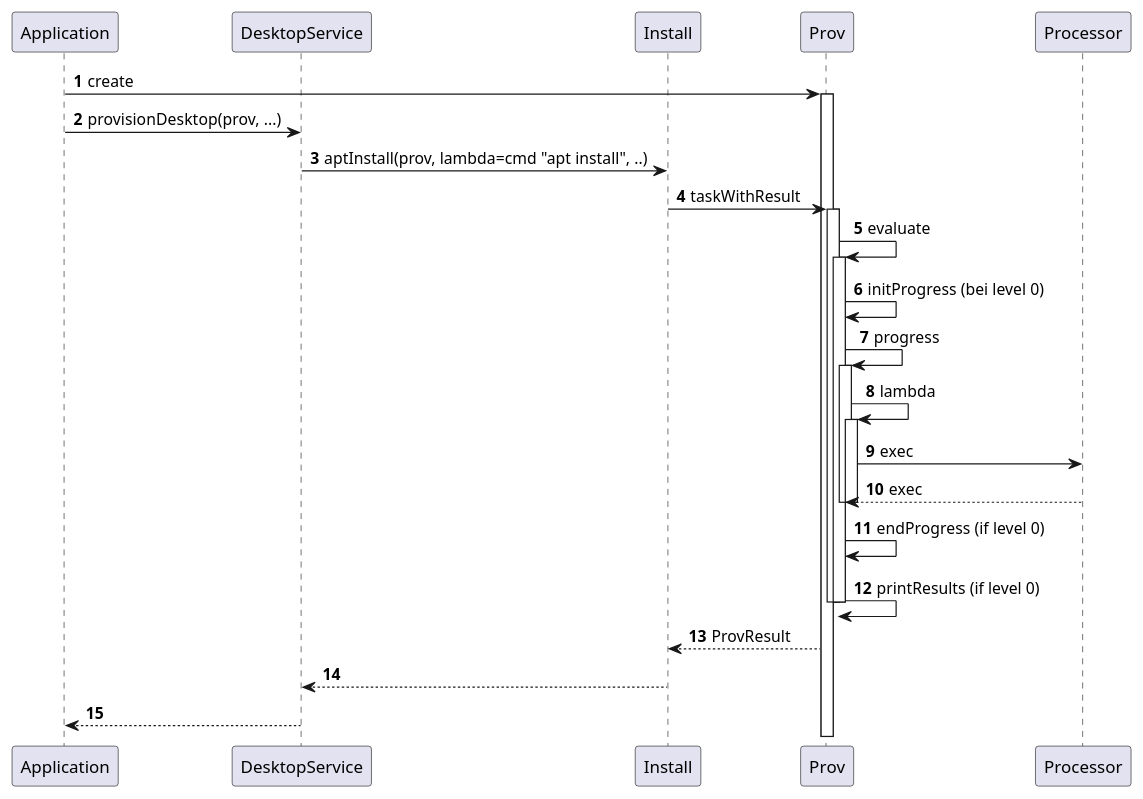
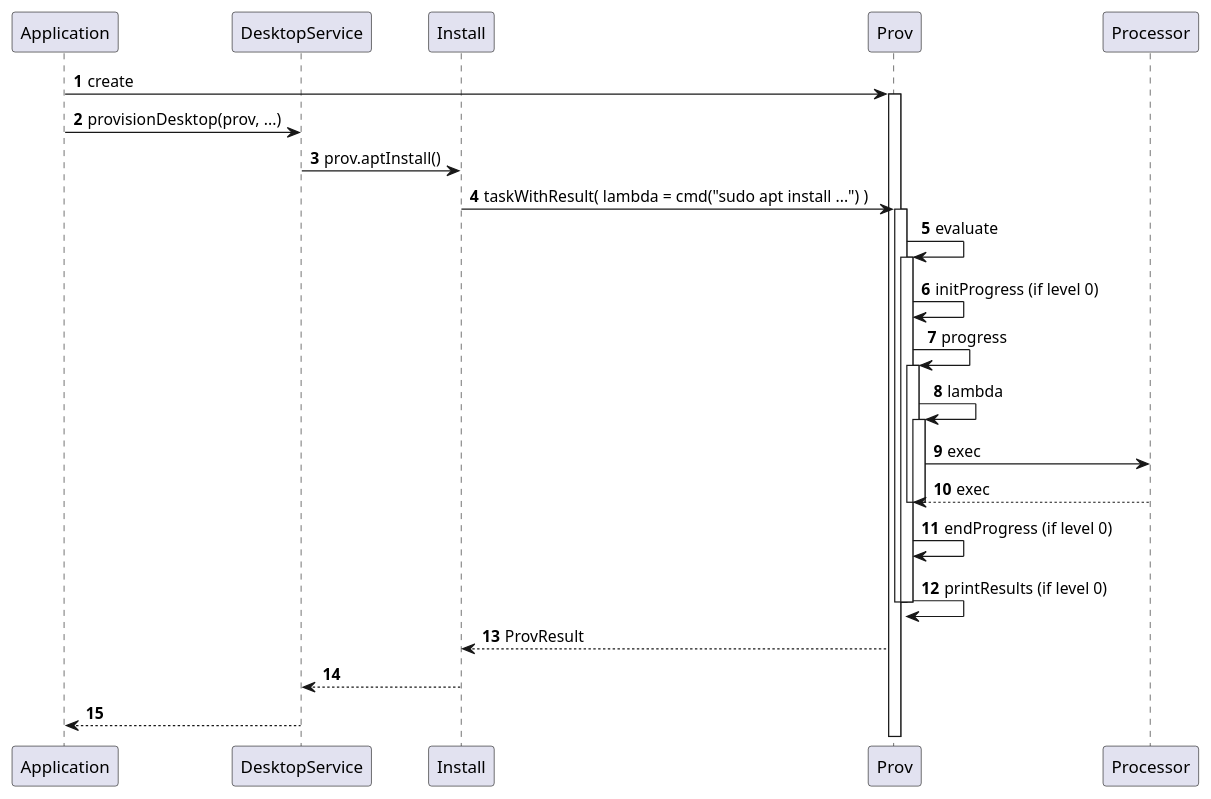
One commit to DomainDrivenArchitecture/provs changed the diagram in doc/ProvTaskExecSequence.md. Above: the diagram before and after it, drawn with PlantUML.

Commit message:
[skip ci] chg docs

````diff
--- a/doc/ProvTaskExecSequence.md
+++ b/doc/ProvTaskExecSequence.md
@@ -1,45 +1,47 @@
 ```plantuml
 @startuml
 autonumber
 
 participant Application
 participant DesktopService
 participant Install
 participant Prov
 participant Processor
 
 Application -> Prov: create
 
 activate Prov
 Application -> DesktopService: provisionDesktop(prov, ...)
-DesktopService -> Install: aptInstall(prov, lambda=cmd "apt install", ..)
-Install -> Prov: taskWithResult
+DesktopService -> Install: prov.aptInstall()
+Install -> Prov: taskWithResult( lambda = cmd("sudo apt install ...") ) 
 
 activate Prov
 Prov -> Prov: evaluate
 
 activate Prov
-Prov -> Prov: initProgress (bei level 0)
+Prov -> Prov: initProgress (if level 0)
 Prov -> Prov: progress
 
 activate Prov
 Prov -> Prov: lambda
 
 activate Prov
+
 Prov -> Processor: exec
 Prov <-- Processor: exec
+
 deactivate Prov
-
 deactivate Prov
 
 Prov -> Prov: endProgress (if level 0)
 Prov -> Prov: printResults (if level 0)
 
 deactivate Prov
 deactivate Prov
+
 Install <-- Prov: ProvResult
 DesktopService <-- Install
 Application <-- DesktopService
 
 @enduml
 ```
````
